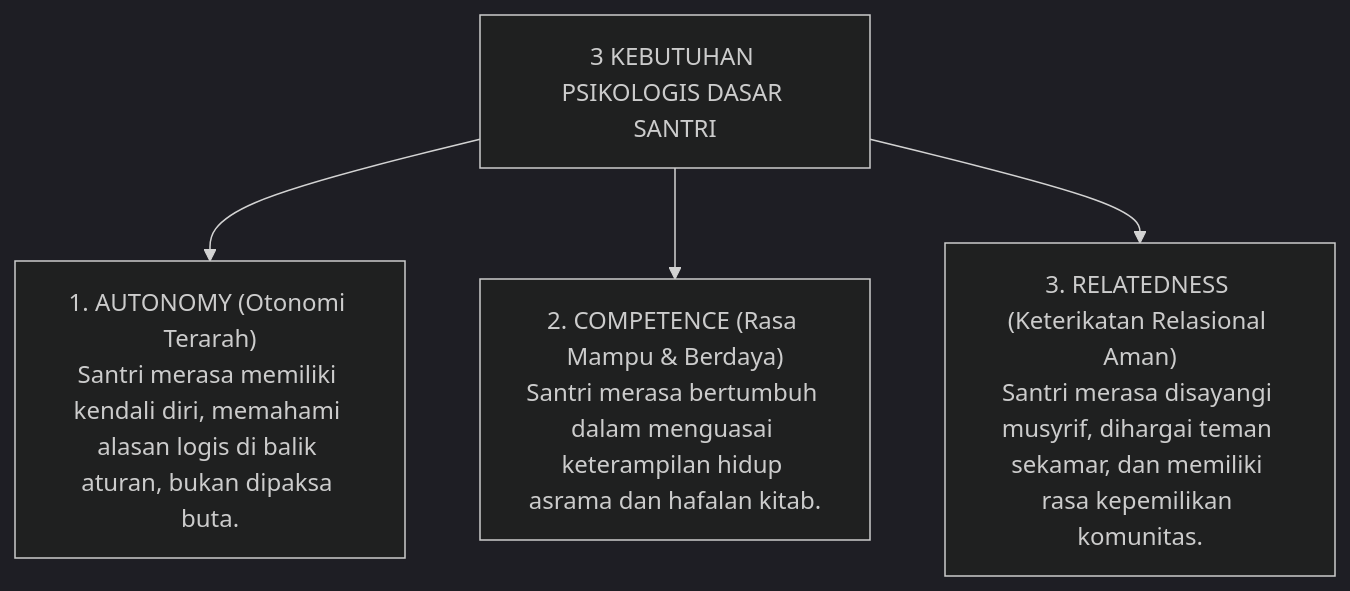
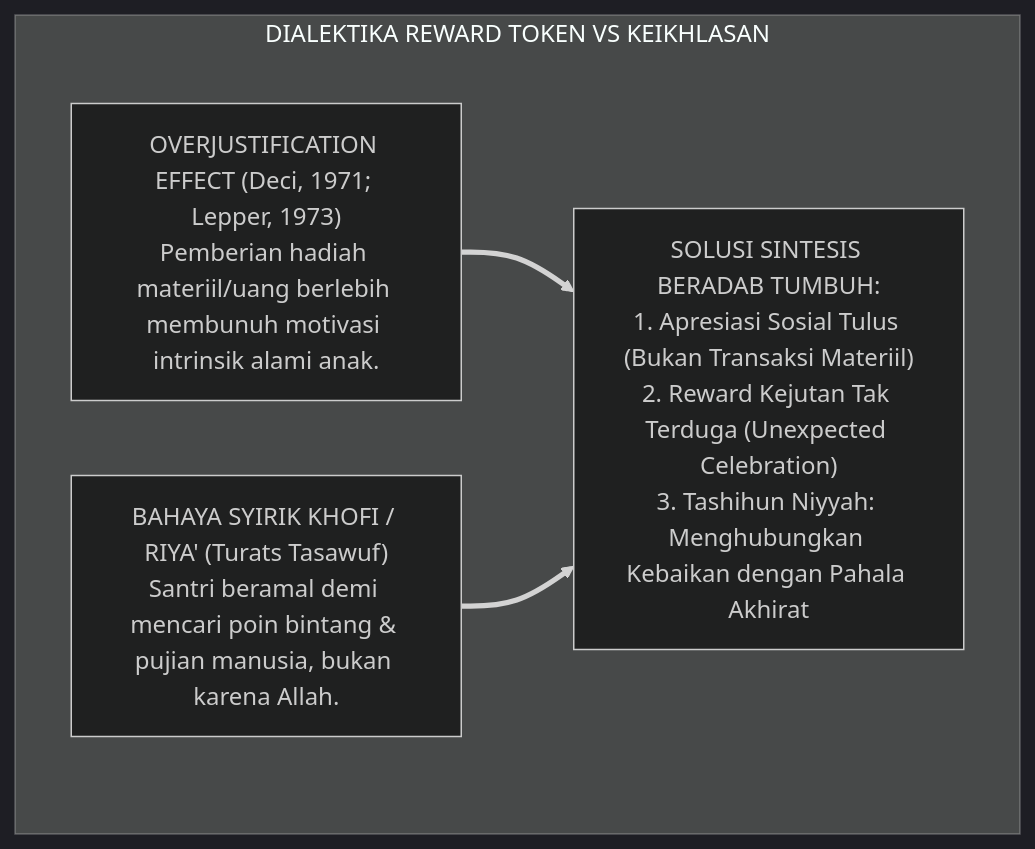
The sixth of 9 diagrams in 01 Philosophy/02 Human Nature/P1-02-04-Motivasi-Intrinsik-Santri.md (wandiapriliyandi/tumbuh), drawn with Mermaid (dark theme) before and after one commit. The commit also changed other lines of this file and 6 other files, not shown here.

Commit message:
feat(philosophy): standarisasi 100% monograf terpadu Sub-Domain 02 Human Nature dan Piagam Pemuliaan Martabat Santri

````diff
--- a/01 Philosophy/02 Human Nature/P1-02-04-Motivasi-Intrinsik-Santri.md
+++ b/01 Philosophy/02 Human Nature/P1-02-04-Motivasi-Intrinsik-Santri.md
@@ -46,10 +263,12 @@
 ```mermaid
 graph TD
-    Kebutuhan["3 KEBUTUHAN PSIKOLOGIS DASAR SANTRI"]
-    
-    Kebutuhan --> Otonomi["1. AUTONOMY (Otonomi Terarah)<br/>Santri merasa memiliki kendali diri, memahami alasan logis di balik aturan, bukan dipaksa buta."]
-    
-    Kebutuhan --> Kompetensi["2. COMPETENCE (Rasa Mampu & Berdaya)<br/>Santri merasa bertumbuh dalam menguasai keterampilan hidup asrama dan hafalan kitab."]
-    
-    Kebutuhan --> Relasi["3. RELATEDNESS (Keterikatan Relasional Aman)<br/>Santri merasa disayangi musyrif, dihargai teman sekamar, dan memiliki rasa kepemilikan komunitas."]
+    subgraph DialektikaRewardKeikhlasan["DIALEKTIKA REWARD TOKEN VS KEIKHLASAN"]
+        Overjustification["OVERJUSTIFICATION EFFECT (Deci, 1971; Lepper, 1973)<br/>Pemberian hadiah materiil/uang berlebih membunuh motivasi intrinsik alami anak."]
+        
+        BahayaRiya["BAHAYA SYIRIK KHOFI / RIYA' (Turats Tasawuf)<br/>Santri beramal demi mencari poin bintang & pujian manusia, bukan karena Allah."]
+        
+        SolusiTUMBUH["SOLUSI SINTESIS BERADAB TUMBUH:<br/>1. Apresiasi Sosial Tulus (Bukan Transaksi Materiil)<br/>2. Reward Kejutan Tak Terduga (Unexpected Celebration)<br/>3. Tashihun Niyyah: Menghubungkan Kebaikan dengan Pahala Akhirat"]
+        
+        Overjustification & BahayaRiya ==> SolusiTUMBUH
+    end
 ```
````
